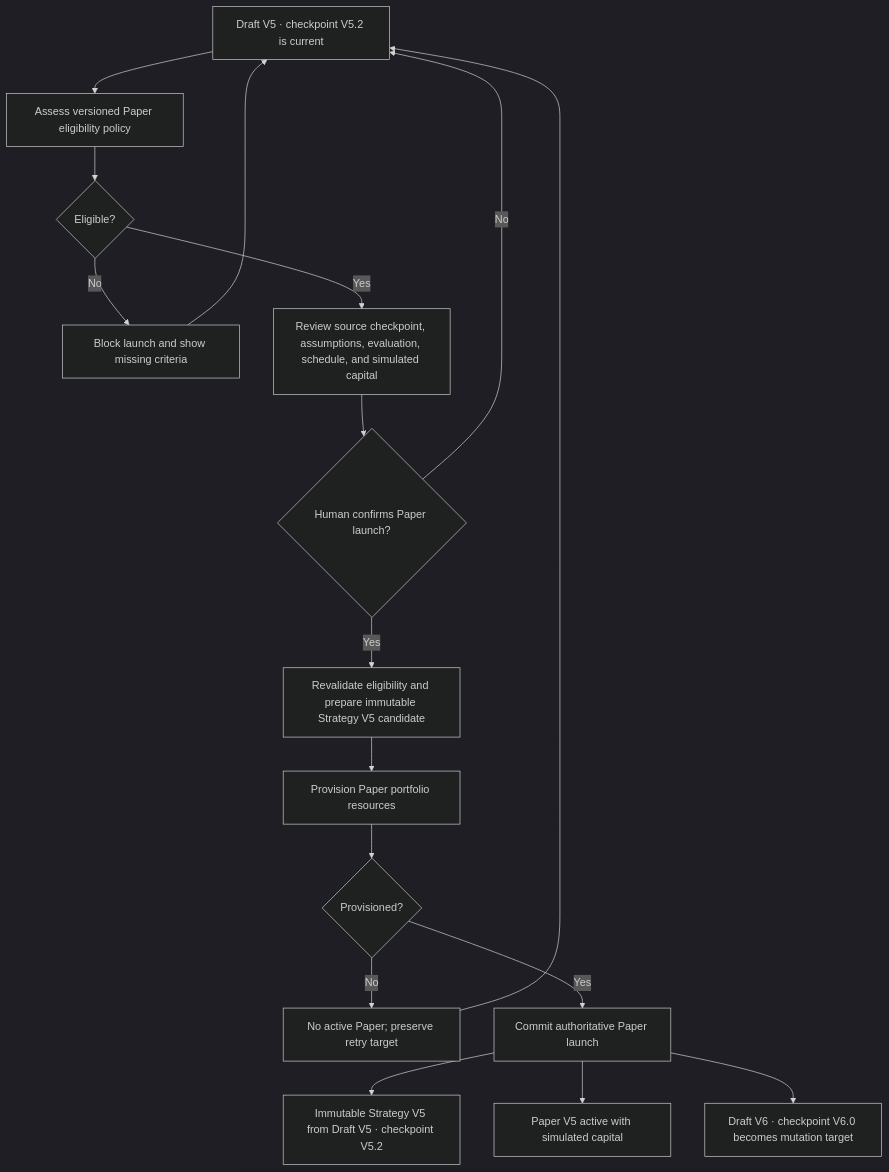
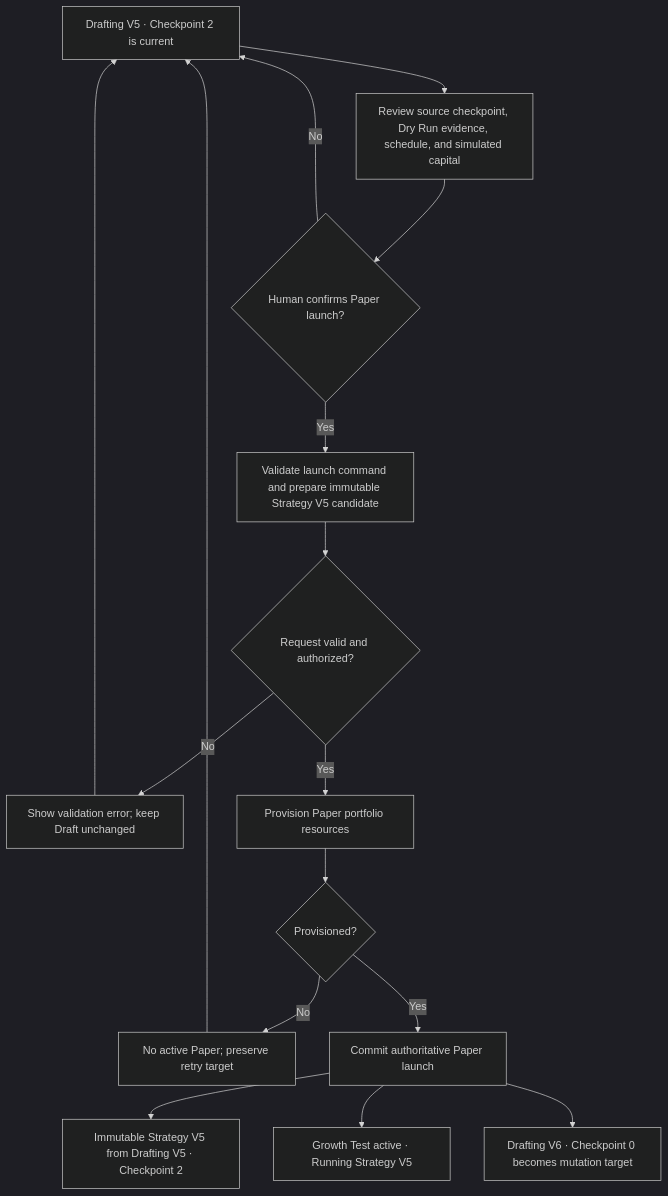
Before and after one commit to moosefroggo/vantheon-architecture: the third of 17 diagrams in docs/state-diagrams.md, drawn with Mermaid (dark theme). The commit also changed other lines of this file and 39 other files, not shown here.

Commit message:
Simplify strategy versions and Paper launch

````diff
--- a/docs/state-diagrams.md
+++ b/docs/state-diagrams.md
@@ -107,19 +107,18 @@
 ```mermaid
 flowchart TD
-    A["Draft V5 · checkpoint V5.2 is current"] --> B["Assess versioned Paper eligibility policy"]
-    B --> C{"Eligible?"}
-    C -->|"No"| F["Block launch and show missing criteria"]
-    F --> A
-    C -->|"Yes"| D["Review source checkpoint, assumptions, evaluation, schedule, and simulated capital"]
+    A["Drafting V5 · Checkpoint 2 is current"] --> D["Review source checkpoint, Dry Run evidence, schedule, and simulated capital"]
     D --> E{"Human confirms Paper launch?"}
     E -->|"No"| A
-    E -->|"Yes"| G["Revalidate eligibility and prepare immutable Strategy V5 candidate"]
-    G --> H["Provision Paper portfolio resources"]
+    E -->|"Yes"| G["Validate launch command and prepare immutable Strategy V5 candidate"]
+    G --> F{"Request valid and authorized?"}
+    F -->|"No"| O["Show validation error; keep Draft unchanged"]
+    O --> A
+    F -->|"Yes"| H["Provision Paper portfolio resources"]
     H --> I{"Provisioned?"}
     I -->|"No"| J["No active Paper; preserve retry target"]
     J --> A
     I -->|"Yes"| K["Commit authoritative Paper launch"]
-    K --> L["Immutable Strategy V5 from Draft V5 · checkpoint V5.2"]
-    K --> M["Paper V5 active with simulated capital"]
-    K --> N["Draft V6 · checkpoint V6.0 becomes mutation target"]
+    K --> L["Immutable Strategy V5 from Drafting V5 · Checkpoint 2"]
+    K --> M["Growth Test active · Running Strategy V5"]
+    K --> N["Drafting V6 · Checkpoint 0 becomes mutation target"]
 ```
````
